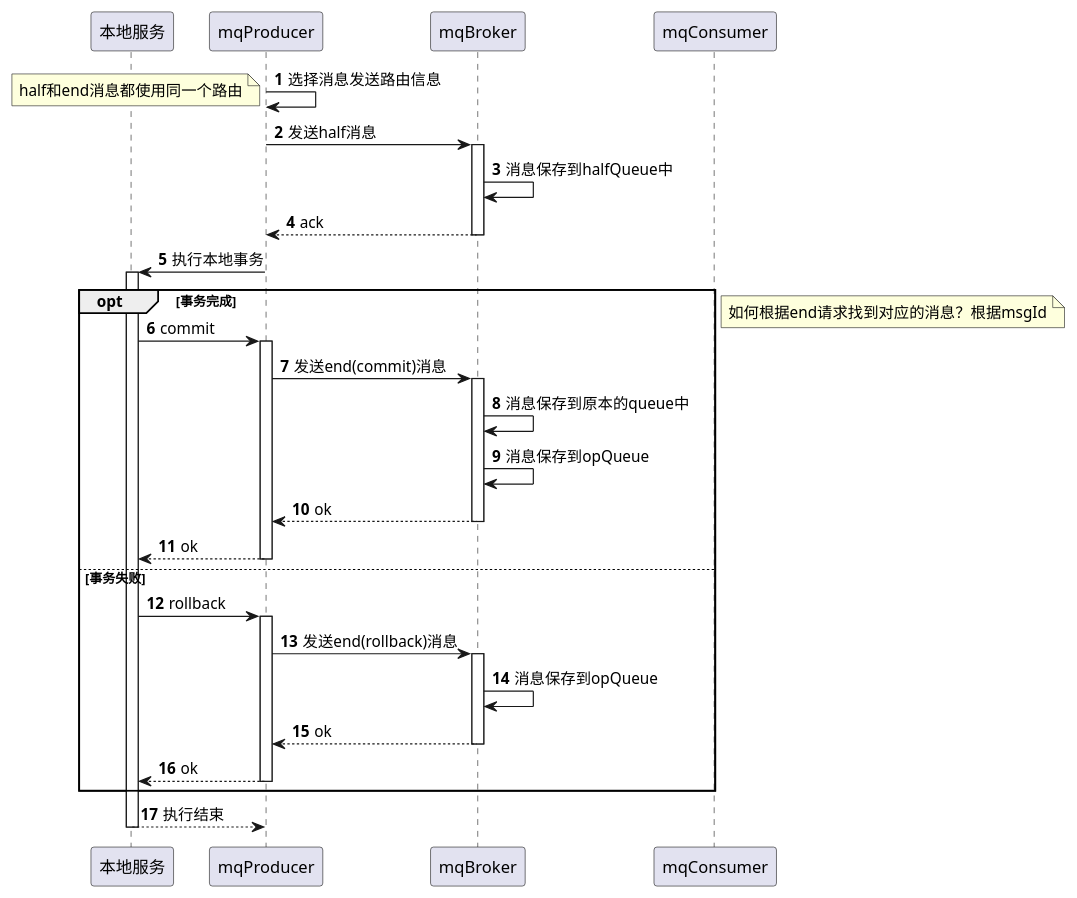
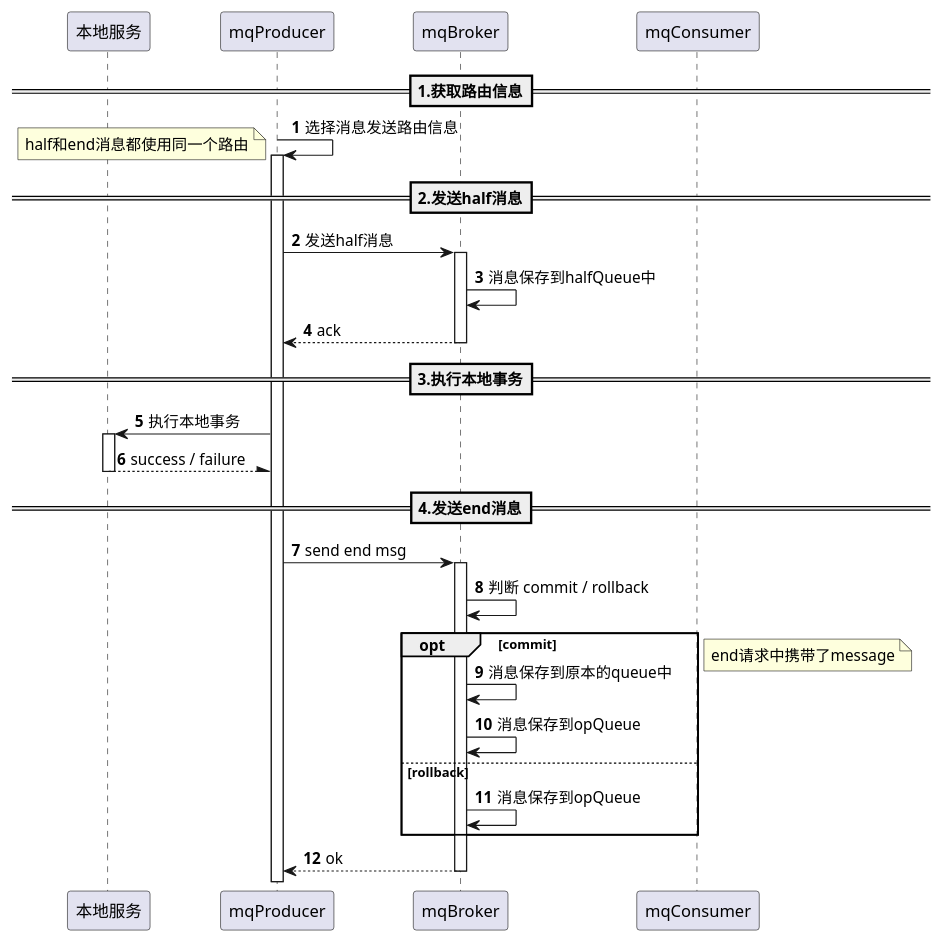
One commit to zexho994/Jinx changed the diagram in docs/transaction/[时序] 全流程.puml. Above: the diagram before and after it, drawn with PlantUML. The commit also changed 2 other files, not shown here.

Commit message:
update<broker>: 判断end消息的 commit/rollback

```diff
--- a/docs/transaction/[时序] 全流程.puml
+++ b/docs/transaction/[时序] 全流程.puml
@@ -1,34 +1,31 @@
 @startuml
 autonumber
 
 participant 本地服务 as localServer
 participant mqProducer
 participant mqBroker
 participant mqConsumer
 
-mqProducer -> mqProducer : 选择消息发送路由信息
+==1.获取路由信息==
+mqProducer -> mqProducer ++: 选择消息发送路由信息
 note left : half和end消息都使用同一个路由
+==2.发送half消息==
 mqProducer -> mqBroker ++: 发送half消息
 mqBroker -> mqBroker : 消息保存到halfQueue中
 return ack
-
+==3.执行本地事务==
 mqProducer -> localServer ++: 执行本地事务
-opt 事务完成
-    localServer -> mqProducer ++: commit
-    mqProducer -> mqBroker ++: 发送end(commit)消息
+localServer --\ mqProducer --: success / failure
+==4.发送end消息==
+mqProducer -> mqBroker ++: send end msg
+mqBroker -> mqBroker : 判断 commit / rollback
+opt commit
     mqBroker -> mqBroker : 消息保存到原本的queue中
     mqBroker -> mqBroker : 消息保存到opQueue
-    return ok
-    return ok
-else 事务失败
-    localServer -> mqProducer ++: rollback
-    mqProducer -> mqBroker ++: 发送end(rollback)消息
+else rollback
     mqBroker -> mqBroker : 消息保存到opQueue
-    return ok
-    return ok
 end
-note right: 如何根据end请求找到对应的消息？根据msgId
-
-return 执行结束
+note right : end请求中携带了message
+return ok
 
 @enduml
```
